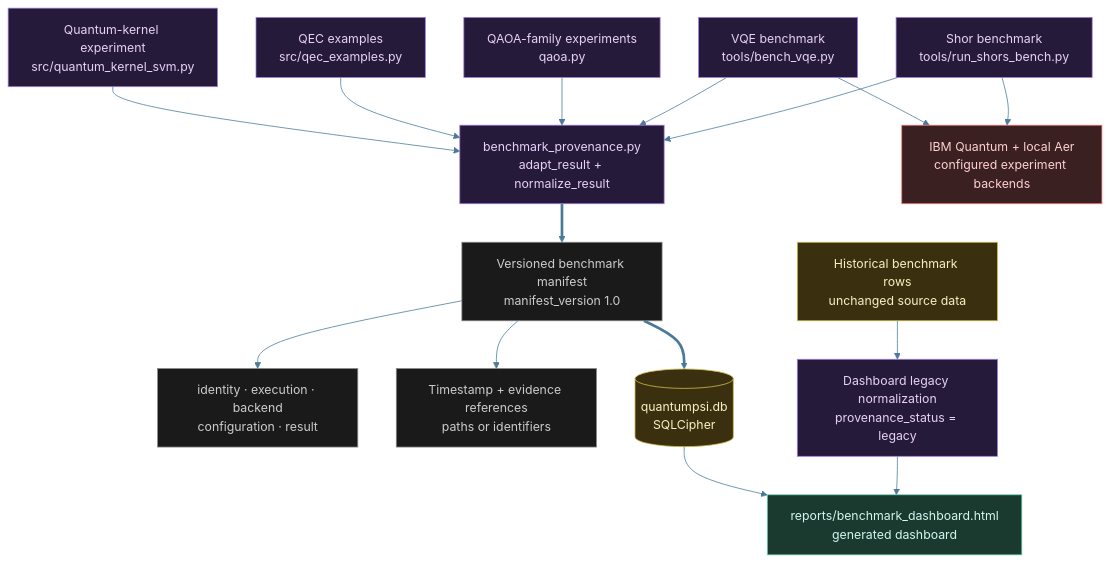
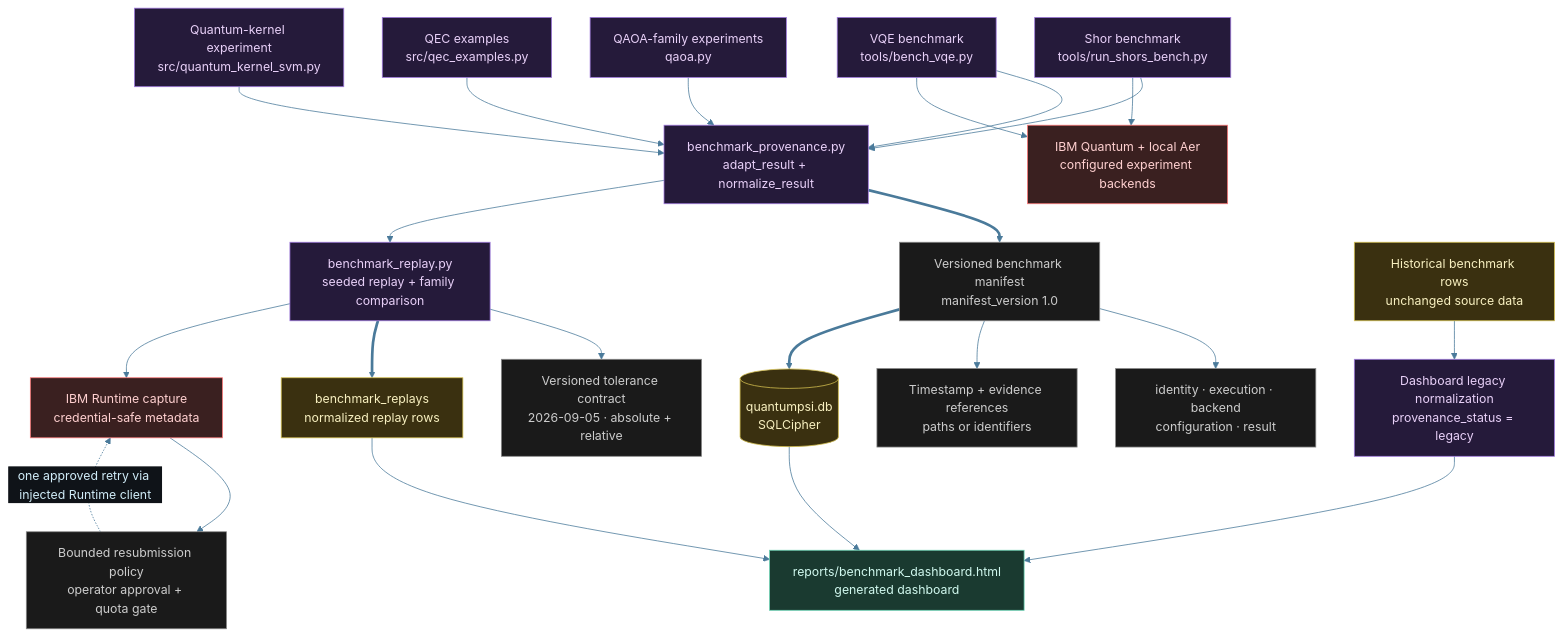
One commit to tylerdrakemusic/Quantum changed the diagram in diagrams/quantum-architecture.mmd. Above: the diagram before and after it, drawn with Mermaid. The commit also changed 9 other files, not shown here.

Commit message:
⟨ψ⟩ quantum: add cross-family benchmark replay provenance

```diff
--- a/diagrams/quantum-architecture.mmd
+++ b/diagrams/quantum-architecture.mmd
@@ -1,43 +1,55 @@
 %%{init: {'theme': 'base', 'themeVariables': {'primaryColor': '#1a2e3a', 'primaryTextColor': '#d0ecf8', 'edgeLabelBackground': '#0f1318', 'lineColor': '#4a7a9a'}}}%%
 %% is_derived_view=false
 %% Traceability.derived_views: diagrams/quantum-derived-cache-integrity.mmd
 graph TB
     Shor[Shor benchmark<br/>tools/run_shors_bench.py]:::quantum
     VQE[VQE benchmark<br/>tools/bench_vqe.py]:::quantum
     QAOA[QAOA-family experiments<br/>qaoa.py]:::quantum
     QEC[QEC examples<br/>src/qec_examples.py]:::quantum
     Kernel[Quantum-kernel experiment<br/>src/quantum_kernel_svm.py]:::quantum
     Contract[benchmark_provenance.py<br/>adapt_result + normalize_result]:::quantum
+    Replay[benchmark_replay.py<br/>seeded replay + family comparison]:::quantum
+    Tolerance[Versioned tolerance contract<br/>2026-09-05 · absolute + relative]:::state
+    RuntimeCapture[IBM Runtime capture<br/>credential-safe metadata]:::ext
+    RuntimePolicy[Bounded resubmission policy<br/>operator approval + quota gate]:::state
     Manifest[Versioned benchmark manifest<br/>manifest_version 1.0]:::state
     Sections[identity · execution · backend<br/>configuration · result]:::state
     Evidence[Timestamp + evidence references<br/>paths or identifiers]:::state
     QuantumDB[(quantumpsi.db<br/>SQLCipher)]:::db
+    ReplayRows[benchmark_replays<br/>normalized replay rows]:::db
     Legacy[Historical benchmark rows<br/>unchanged source data]:::db
     Normalize[Dashboard legacy normalization<br/>provenance_status = legacy]:::quantum
     Dashboard[reports/benchmark_dashboard.html<br/>generated dashboard]:::store
     Backends[IBM Quantum + local Aer<br/>configured experiment backends]:::ext
     Shor --> Contract
     VQE --> Contract
     QAOA --> Contract
     QEC --> Contract
     Kernel --> Contract
     Contract ==> Manifest
     Manifest --> Sections
     Manifest --> Evidence
+    Contract --> Replay
+    Replay --> Tolerance
+    Replay ==> ReplayRows
+    Replay --> RuntimeCapture
+    RuntimeCapture --> RuntimePolicy
+    RuntimePolicy -.->|"one approved retry via injected Runtime client"| RuntimeCapture
     Shor --> Backends
     VQE --> Backends
     Manifest ==> QuantumDB
+    ReplayRows --> Dashboard
     Legacy --> Normalize
     Normalize --> Dashboard
     QuantumDB --> Dashboard
 
 classDef life     fill:#1a2e3a,stroke:#6ab4d4,color:#d0ecf8
 classDef music    fill:#3a1a24,stroke:#d47a8f,color:#f8d0dc
 classDef quantum  fill:#251a3a,stroke:#a07adf,color:#e8d0f8
 classDef manifest fill:#3a2e1a,stroke:#d4a96a,color:#f8ead0
 classDef ws       fill:#1a3a30,stroke:#6ad4b4,color:#d0f8ee
 classDef tyler    fill:#2a1a3a,stroke:#9e4aff,color:#fff
 classDef ext      fill:#3a2020,stroke:#ff7a7a,color:#ffd0d0
 classDef db       fill:#3a3010,stroke:#d4c050,color:#f8f0c0
 classDef state    fill:#1a1a1a,stroke:#888888,color:#cccccc
 classDef store    fill:#1a3a30,stroke:#6ad4b4,color:#d0f8ee
```
